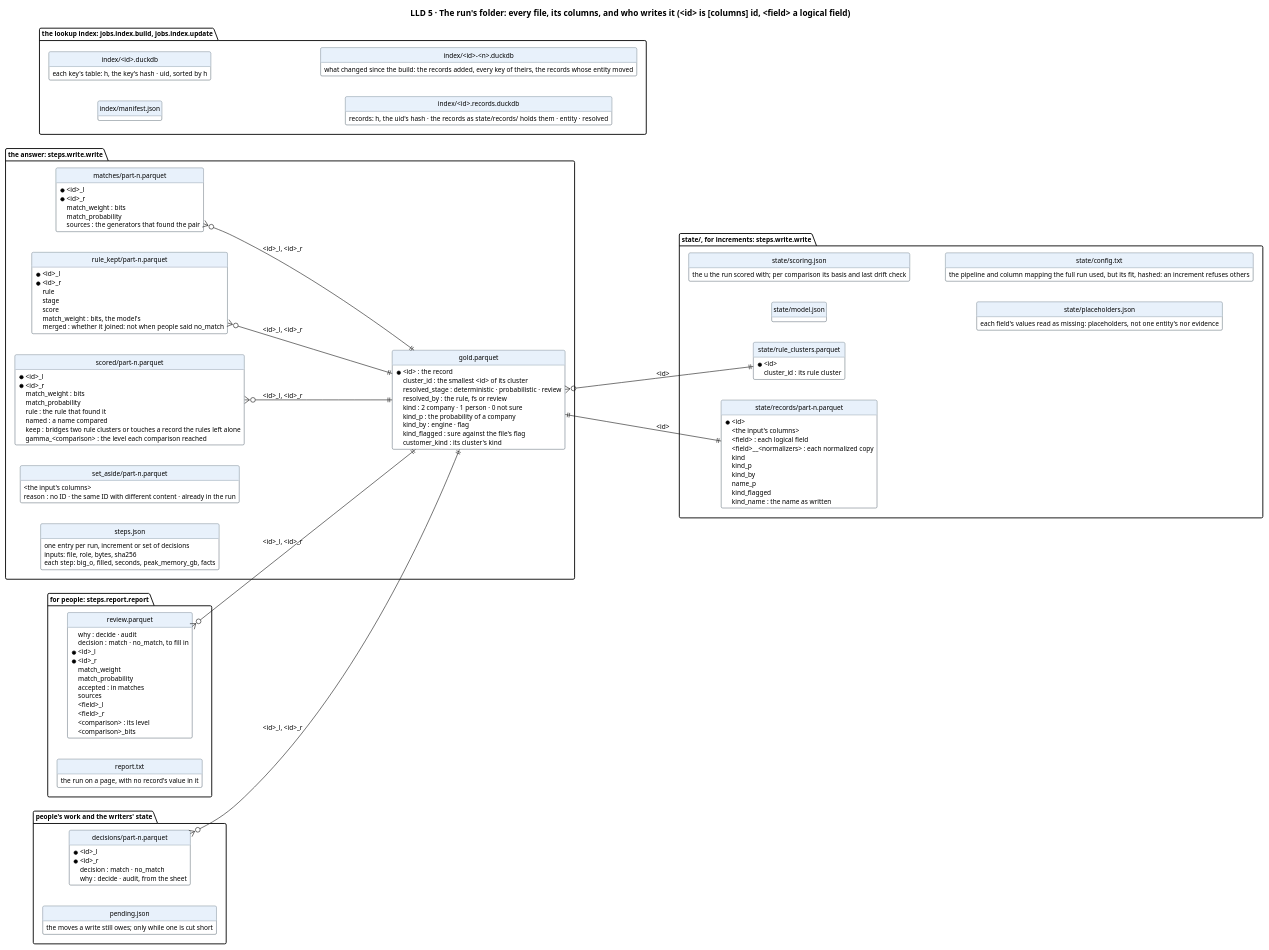
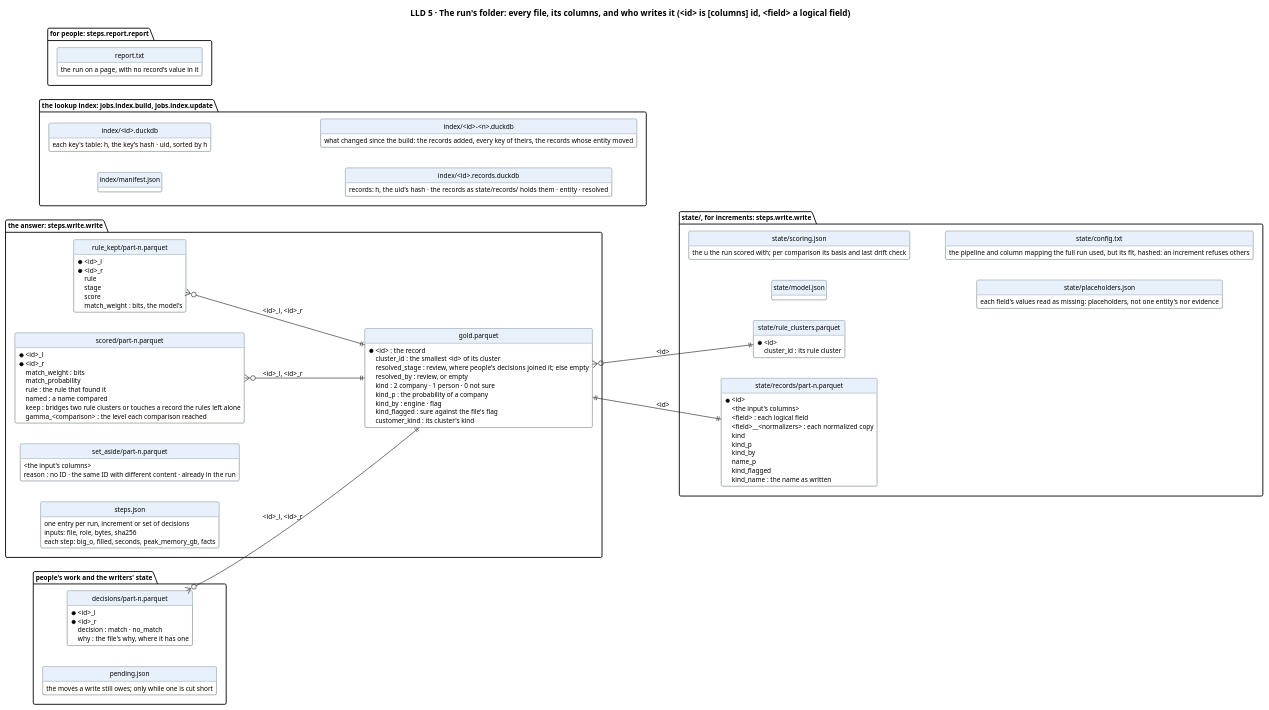
The diagram in docs/diagrams/data.puml (mvsbm/entity_matching), drawn with PlantUML before and after one commit. The commit also changed 57 other files, not shown here.

```diff
--- a/docs/diagrams/data.puml
+++ b/docs/diagrams/data.puml
@@ -1,149 +1,125 @@
 @startuml data
 title LLD 5 · The run's folder: every file, its columns, and who writes it (<id> is [columns] id, <field> a logical field)
 set namespaceSeparator none
 left to right direction
 hide circle
 hide methods
 skinparam defaultFontSize 11
 skinparam class {
   BackgroundColor #FFFFFF
   BorderColor #65717E
   HeaderBackgroundColor #E8F1FB
 }
 
 package "the answer: steps.write.write" {
   entity "gold.parquet" as gold {
     * <id> : the record
     cluster_id : the smallest <id> of its cluster
-    resolved_stage : deterministic · probabilistic · review
-    resolved_by : the rule, fs or review
+    resolved_stage : review, where people's decisions joined it; else empty
+    resolved_by : review, or empty
     kind : 2 company · 1 person · 0 not sure
     kind_p : the probability of a company
     kind_by : engine · flag
     kind_flagged : sure against the file's flag
     customer_kind : its cluster's kind
-  }
-  entity "matches/part-n.parquet" as matches {
-    * <id>_l
-    * <id>_r
-    match_weight : bits
-    match_probability
-    sources : the generators that found the pair
   }
   entity "rule_kept/part-n.parquet" as rule_kept {
     * <id>_l
     * <id>_r
     rule
     stage
     score
     match_weight : bits, the model's
-    merged : whether it joined: not when people said no_match
   }
   entity "scored/part-n.parquet" as scored {
     * <id>_l
     * <id>_r
     match_weight : bits
     match_probability
     sources : the generators that found the pair (none: a rule alone)
     rule : the rule that found it
     named : a name compared
     keep : bridges two rule clusters or touches a record the rules left alone
     gamma_<comparison> : the level each comparison reached
   }
   entity "set_aside/part-n.parquet" as set_aside {
     <the input's columns>
     reason : no ID · the same ID with different content · already in the run
   }
   entity "steps.json" as steps {
     one entry per run, increment or set of decisions
     inputs: file, role, bytes, sha256
     each step: big_o, filled, seconds, peak_memory_gb, facts
   }
 }
 
 package "state/, for increments: steps.write.write" {
   entity "state/records/part-n.parquet" as records {
     * <id>
     <the input's columns>
     <field> : each logical field
     <field>__<normalizers> : each normalized copy
     kind
     kind_p
     kind_by
     name_p
     kind_flagged
     kind_name : the name as written
   }
   entity "state/rule_clusters.parquet" as rule_clusters {
     * <id>
     cluster_id : its rule cluster
   }
   entity "state/model.json" as model {
     the model: λ, m and u per level (in Splink 5.0's model format), the fit's facts
   }
   entity "state/scoring.json" as scoring {
     the u the run scored with; per comparison its basis and last drift check
   }
   entity "state/placeholders.json" as placeholders {
     each field's values read as missing: placeholders, not one entity's nor evidence
   }
   entity "state/config.txt" as config {
     the pipeline and column mapping the full run used, but its fit, hashed: an increment refuses others
   }
 }
 
 package "the lookup index: jobs.index.build, jobs.index.update" {
   entity "index/manifest.json" as manifest {
     the index's files, what they rest on (each run file's size and time), its records and columns
   }
   entity "index/<id>.duckdb" as ix {
     each key's table: h, the key's hash · uid, sorted by h
   }
   entity "index/<id>.records.duckdb" as ixr {
     records: h, the uid's hash · the records as state/records/ holds them · entity · resolved
   }
   entity "index/<id>-<n>.duckdb" as dx {
     what changed since the build: the records added, every key of theirs, the records whose entity moved
   }
 }
 
 package "for people: steps.report.report" {
-  entity "review.parquet" as review {
-    why : decide · audit
-    decision : match · no_match, to fill in
-    * <id>_l
-    * <id>_r
-    match_weight
-    match_probability
-    accepted : in matches
-    sources
-    <field>_l
-    <field>_r
-    <comparison> : its level
-    <comparison>_bits
-  }
   entity "report.txt" as report {
     the run on a page, with no record's value in it
   }
 }
 
 package "people's work and the writers' state" {
   entity "decisions/part-n.parquet" as decisions {
     * <id>_l
     * <id>_r
     decision : match · no_match
-    why : decide · audit, from the sheet
+    why : the file's why, where it has one
   }
   entity "pending.json" as pending {
     the moves a write still owes; only while one is cut short
   }
 }
 
 gold }o--|| rule_clusters : <id>
-matches }o--|| gold : <id>_l, <id>_r
 rule_kept }o--|| gold : <id>_l, <id>_r
 scored }o--|| gold : <id>_l, <id>_r
 records ||--|| gold : <id>
-review }o--|| gold : <id>_l, <id>_r
 decisions }o--|| gold : <id>_l, <id>_r
 @enduml
```
